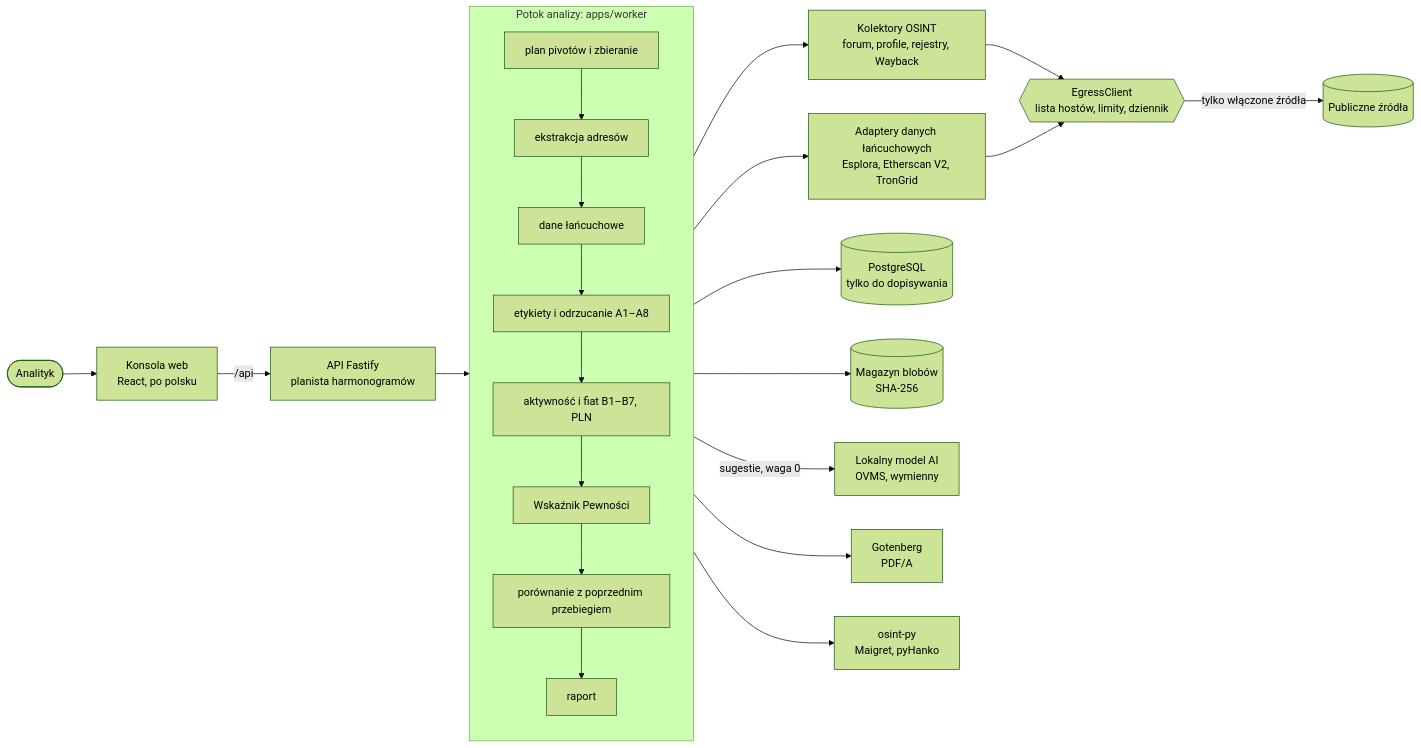
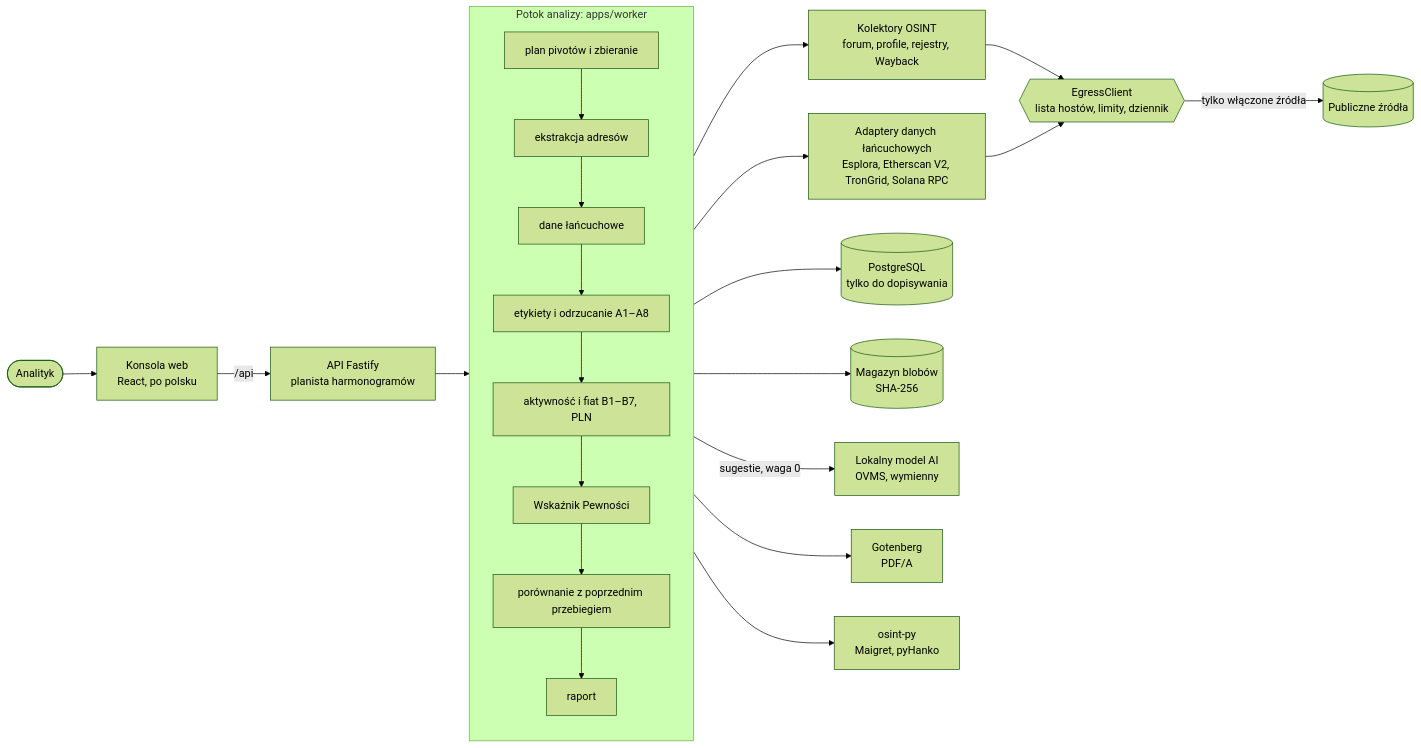
One commit to edraven-dev/olcys changed the diagram in README.md. Above: the diagram before and after it, drawn with Mermaid (forest theme). The commit also changed other lines of this file, not shown here.

Commit message:
docs: mention Farcaster, Nostr and Solana in the README

````diff
--- a/README.md
+++ b/README.md
@@ -182,22 +182,22 @@
 ```mermaid
 flowchart LR
   analyst([Analityk]) --> web[Konsola web<br/>React, po polsku]
   web -->|/api| api[API Fastify<br/>planista harmonogramów]
   api --> pipeline
   subgraph pipeline[Potok analizy: apps/worker]
     direction TB
     s1[plan pivotów i zbieranie] --> s2[ekstrakcja adresów] --> s3[dane łańcuchowe]
     s3 --> s4[etykiety i odrzucanie A1–A8] --> s5[aktywność i fiat B1–B7, PLN]
     s5 --> s6[Wskaźnik Pewności] --> s7[porównanie z poprzednim przebiegiem] --> s8[raport]
   end
   pipeline --> collectors[Kolektory OSINT<br/>forum, profile, rejestry, Wayback]
-  pipeline --> chains[Adaptery danych łańcuchowych<br/>Esplora, Etherscan V2, TronGrid]
+  pipeline --> chains[Adaptery danych łańcuchowych<br/>Esplora, Etherscan V2, TronGrid, Solana RPC]
   collectors --> egress{{EgressClient<br/>lista hostów, limity, dziennik}}
   chains --> egress
   egress -->|tylko włączone źródła| net[(Publiczne źródła)]
   pipeline --> pg[(PostgreSQL<br/>tylko do dopisywania)]
   pipeline --> blobs[(Magazyn blobów<br/>SHA-256)]
   pipeline -->|sugestie, waga 0| llm[Lokalny model AI<br/>OVMS, wymienny]
   s8 --> gotenberg[Gotenberg<br/>PDF/A]
   s8 --> py[osint-py<br/>Maigret, pyHanko]
 ```
````
